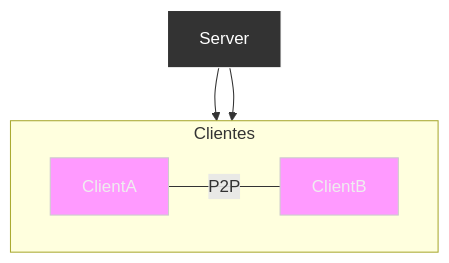
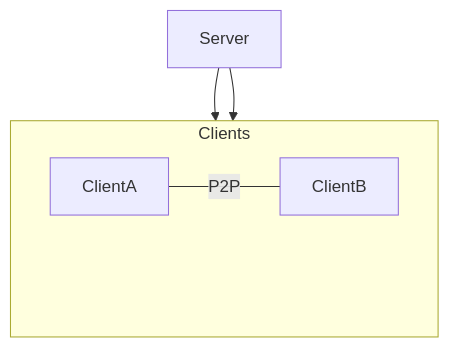
Before and after one commit to luciamarst/Hybrid-CS-P2P-Server: the diagram in README.md, drawn with Mermaid.

Commit message:
Update architecture diagram in README.md

````diff
--- a/README.md
+++ b/README.md
@@ -28,17 +28,19 @@
 ```mermaid
 graph TD
-    Server["Server"]:::server
+    Server
 
-    subgraph Clients [Clientes]
+    subgraph Clients
         direction LR
-        ClientA["ClientA"]:::client
-        ClientB["ClientB"]:::client
+        ClientA
+        Spacer[" "]:::invisible
+        ClientB
     end
 
     Server --> ClientA
     Server --> ClientB
+
     ClientA ---|P2P| ClientB
 
-    classDef server fill:#333,stroke:#fff,stroke-width:1px,color:#fff;
-    classDef client fill:#ff9aff,stroke:#ccc,stroke-width:1px,color:#eee;
+    classDef invisible fill-opacity:0,stroke-opacity:0;
+
 ```
````
